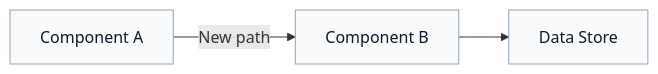
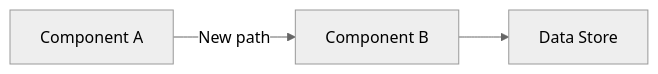
The diagram in skills/utils-skills/mermaid-diagrams/templates/pull_request.md (Hotusa-Data/ehc-agent-harness), drawn with Mermaid before and after one commit. The commit also changed other lines of this file and 15 other files, not shown here.

Commit message:
improve mermaid diagrams

````diff
--- a/skills/utils-skills/mermaid-diagrams/templates/pull_request.md
+++ b/skills/utils-skills/mermaid-diagrams/templates/pull_request.md
@@ -99,11 +99,13 @@
 ```mermaid
+---
+config:
+  theme: neutral
+---
 flowchart LR
     accTitle: Architecture Change
     accDescr: How this PR modifies the component interaction pattern
 
     component_a["Component A"] -->|New path| component_b["Component B"]
     component_b --> data_store["Data Store"]
 
-    classDef action fill:#f8fafc,stroke:#94a3b8,stroke-width:1px,color:#0f172a
-    class component_a,component_b,data_store action
 ```
````
